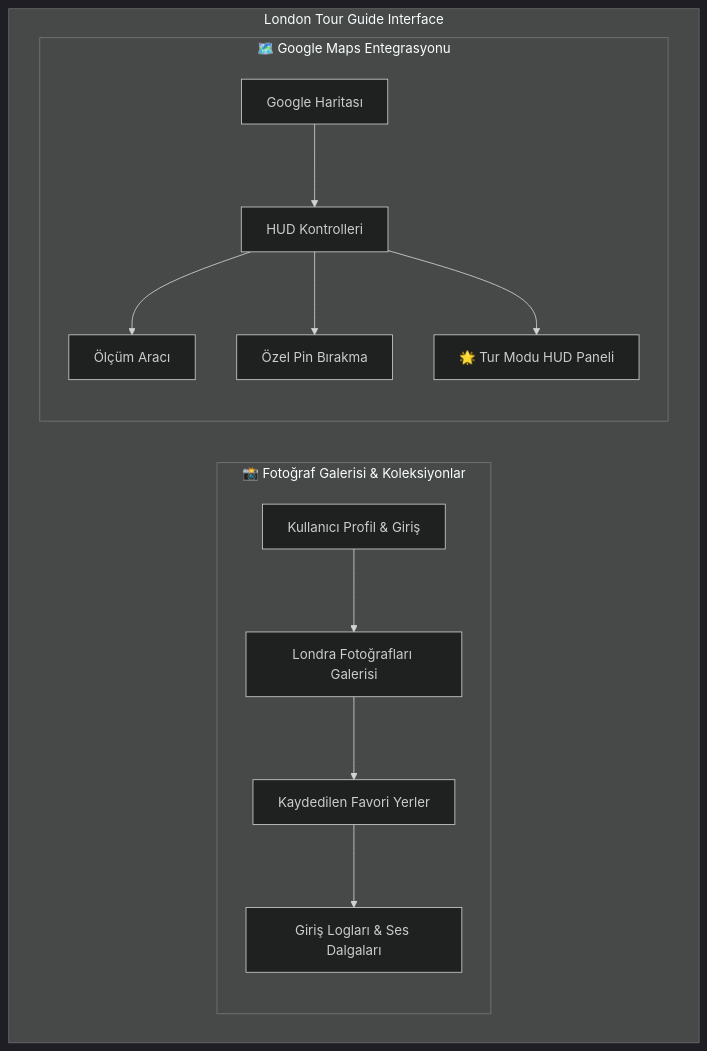
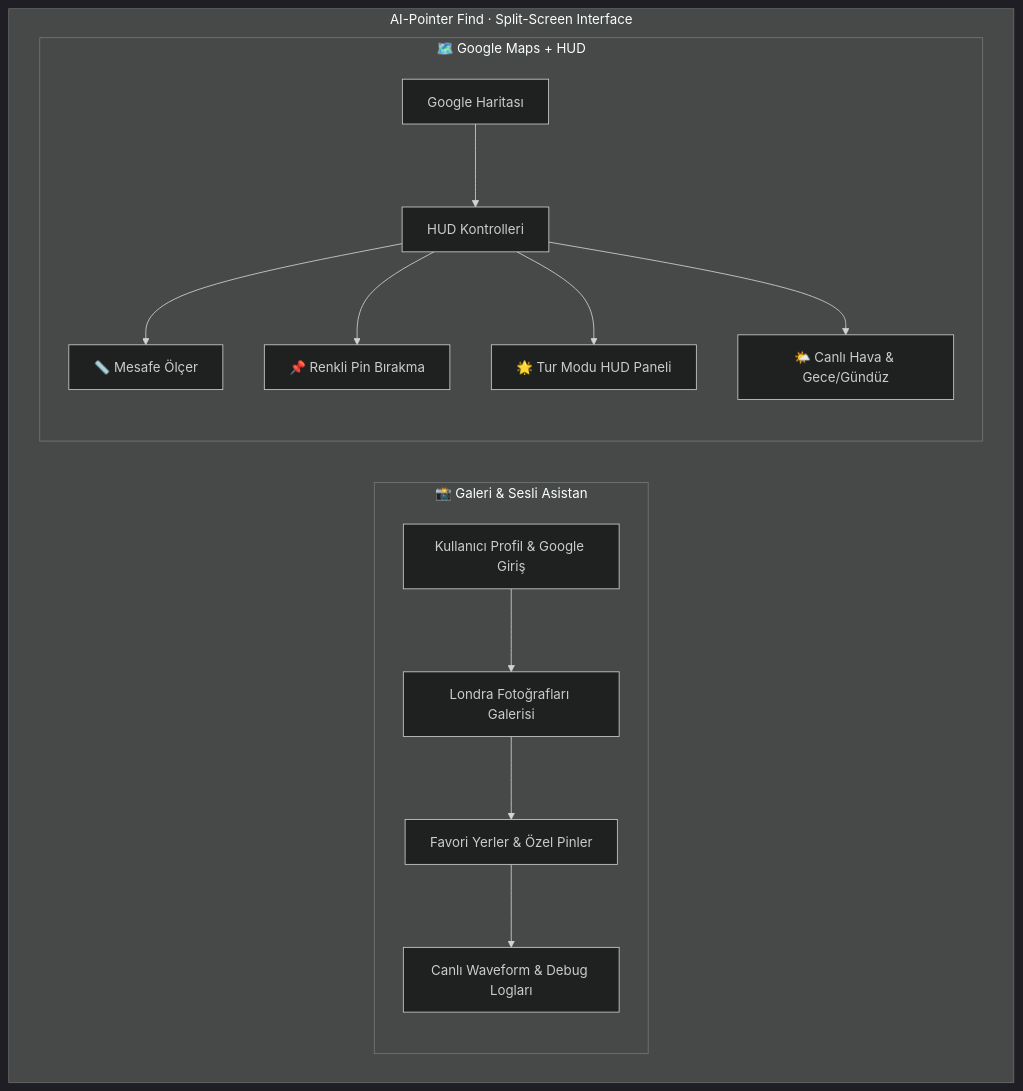
The diagram in README.md (kutluhangil/aipointerfind), drawn with Mermaid (dark theme) before and after one commit. The commit also changed other lines of this file and 2 other files, not shown here.

````diff
--- a/README.md
+++ b/README.md
@@ -17,18 +70,18 @@
 ```mermaid
 graph TD
-    subgraph Arayüz Tasarımı [London Tour Guide Interface]
+    subgraph UI [AI-Pointer Find · Split-Screen Interface]
         direction LR
-        subgraph Sol Panel [📸 Fotoğraf Galerisi & Koleksiyonlar]
-            A[Kullanıcı Profil & Giriş] --> B[Londra Fotoğrafları Galerisi]
-            B --> C[Kaydedilen Favori Yerler]
-            C --> D[Giriş Logları & Ses Dalgaları]
+        subgraph Sol [📸 Galeri & Sesli Asistan]
+            A[Kullanıcı Profil & Google Giriş] --> B[Londra Fotoğrafları Galerisi]
+            B --> C[Favori Yerler & Özel Pinler]
+            C --> D[Canlı Waveform & Debug Logları]
         end
-        
-        subgraph Sağ Panel [🗺️ Google Maps Entegrasyonu]
+        subgraph Sag [🗺️ Google Maps + HUD]
             E[Google Haritası] --> F[HUD Kontrolleri]
-            F --> G[Ölçüm Aracı]
-            F --> H[Özel Pin Bırakma]
+            F --> G[📏 Mesafe Ölçer]
+            F --> H[📌 Renkli Pin Bırakma]
             F --> I[🌟 Tur Modu HUD Paneli]
+            F --> J[🌤️ Canlı Hava & Gece/Gündüz]
         end
     end
 ```
````
